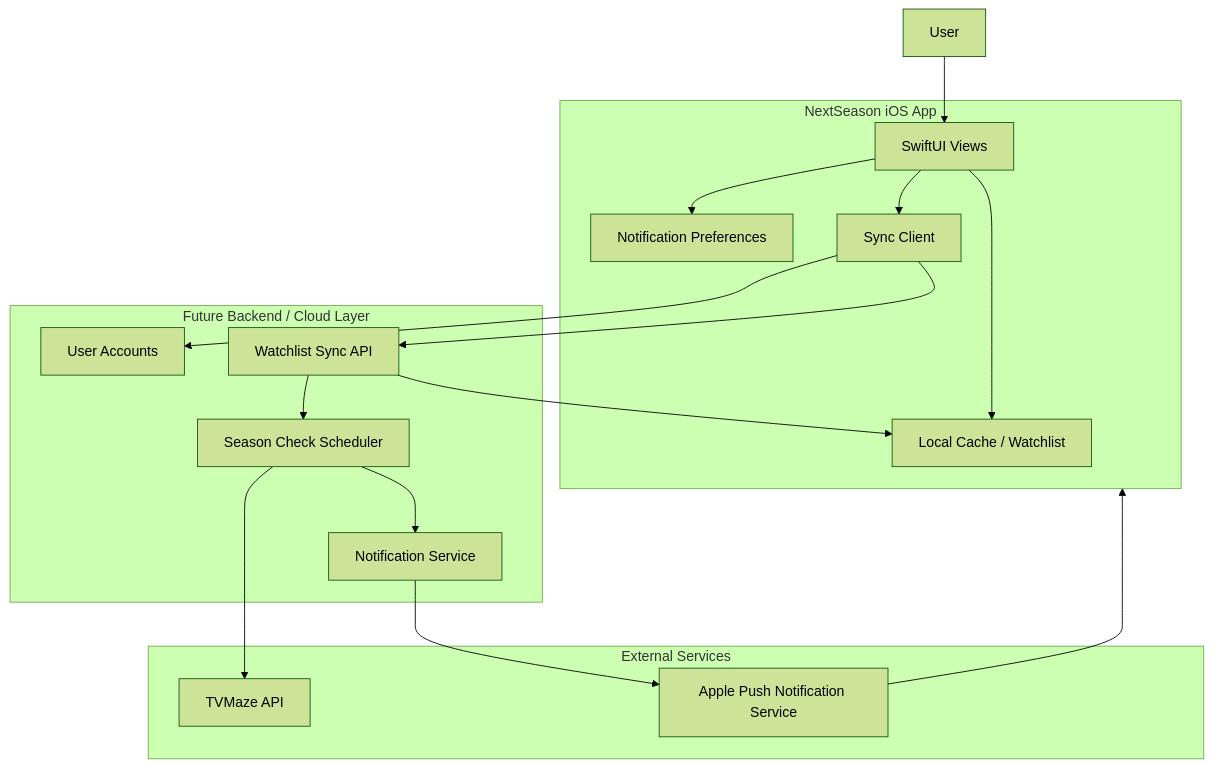
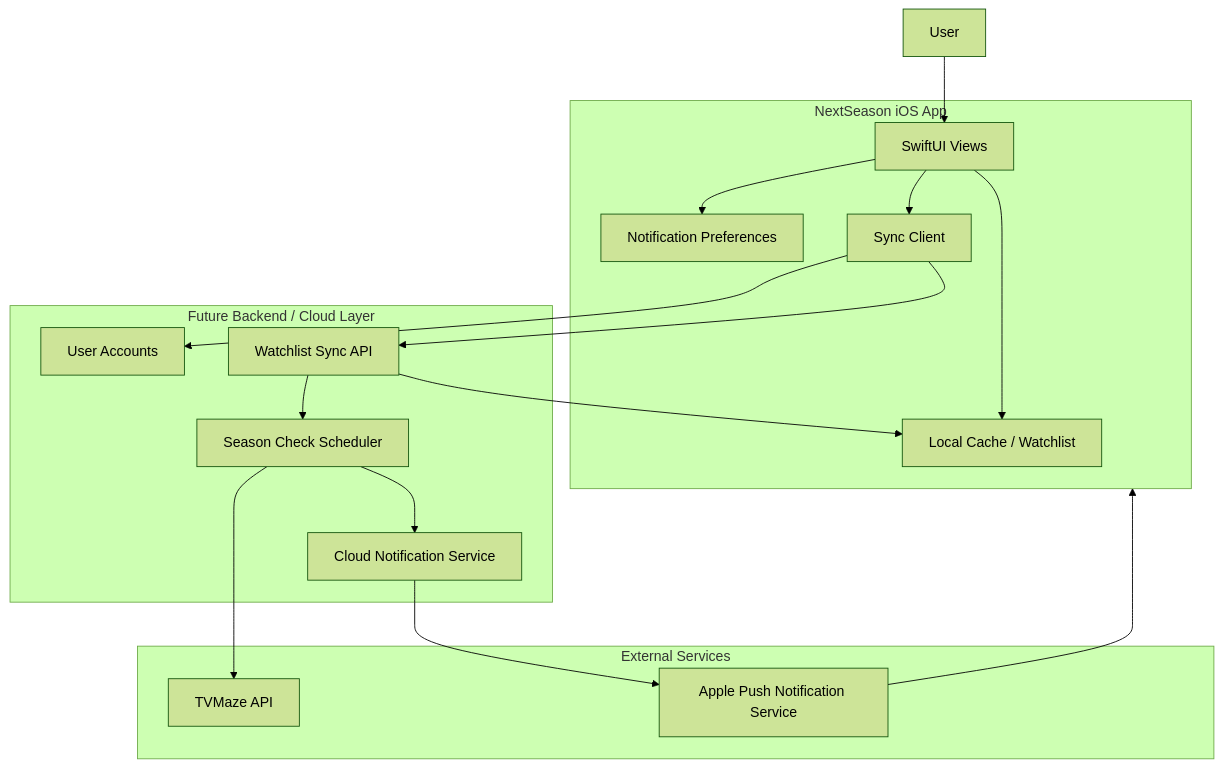
The diagram in Documentation/MVP/Diagrams/07_post_mvp_architecture.md (janineanne/NextSeason), drawn with Mermaid (forest theme) before and after one commit. The commit also changed other lines of this file and 29 other files, not shown here.

````diff
--- a/Documentation/MVP/Diagrams/07_post_mvp_architecture.md
+++ b/Documentation/MVP/Diagrams/07_post_mvp_architecture.md
@@ -3,38 +3,38 @@
 ```mermaid
 flowchart TB
     User[User]
 
     subgraph App[NextSeason iOS App]
         UI[SwiftUI Views]
         LocalStore[Local Cache / Watchlist]
         NotificationPrefs[Notification Preferences]
         SyncClient[Sync Client]
     end
 
     subgraph Backend[Future Backend / Cloud Layer]
         Accounts[User Accounts]
         WatchlistAPI[Watchlist Sync API]
         Scheduler[Season Check Scheduler]
-        NotificationService[Notification Service]
+        NotificationService[Cloud Notification Service]
     end
 
     subgraph External[External Services]
         TVMaze[TVMaze API]
         Push[Apple Push Notification Service]
     end
 
     User --> UI
     UI --> LocalStore
     UI --> NotificationPrefs
     UI --> SyncClient
 
     SyncClient --> Accounts
     SyncClient --> WatchlistAPI
     WatchlistAPI --> Scheduler
     Scheduler --> TVMaze
     Scheduler --> NotificationService
     NotificationService --> Push
     Push --> App
 
     WatchlistAPI --> LocalStore
 ```
````
